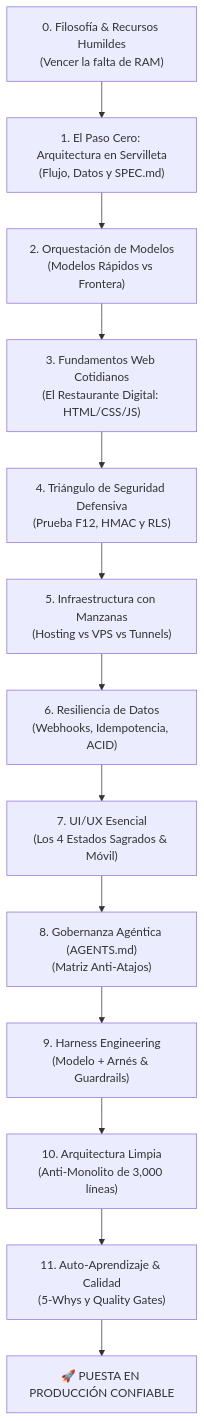
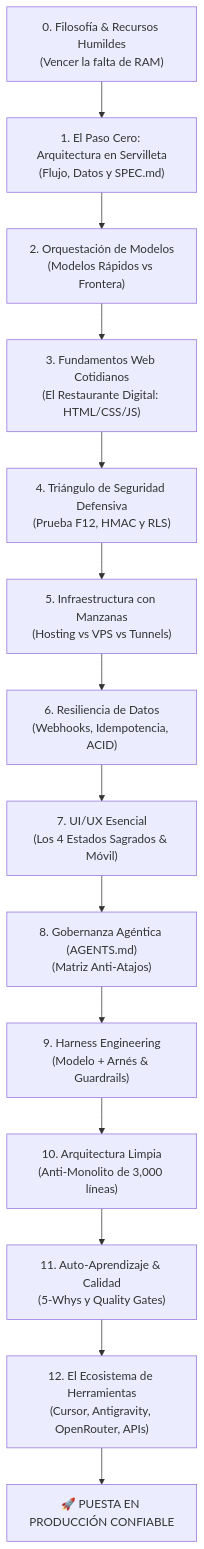
One commit to moisesrojasp89-Dev/Guia-de-desarrollo-asistido-con-IA changed the diagram in README.md. Above: the diagram before and after it, drawn with Mermaid. The commit also changed other lines of this file and 7 other files, not shown here.

Commit message:
feat: modulo 12 completo - ecosistema de herramientas, arneses, openrouter, apis y modelos

````diff
--- a/README.md
+++ b/README.md
@@ -39,15 +39,16 @@
 ```mermaid
 flowchart TD
     M0["0. Filosofía & Recursos Humildes\n(Vencer la falta de RAM)"] --> M1["1. El Paso Cero: Arquitectura en Servilleta\n(Flujo, Datos y SPEC.md)"]
     M1 --> M2["2. Orquestación de Modelos\n(Modelos Rápidos vs Frontera)"]
     M2 --> M3["3. Fundamentos Web Cotidianos\n(El Restaurante Digital: HTML/CSS/JS)"]
     M3 --> M4["4. Triángulo de Seguridad Defensiva\n(Prueba F12, HMAC y RLS)"]
     M4 --> M5["5. Infraestructura con Manzanas\n(Hosting vs VPS vs Tunnels)"]
     M5 --> M6["6. Resiliencia de Datos\n(Webhooks, Idempotencia, ACID)"]
     M6 --> M7["7. UI/UX Esencial\n(Los 4 Estados Sagrados & Móvil)"]
     M7 --> M8["8. Gobernanza Agéntica (AGENTS.md)\n(Matriz Anti-Atajos)"]
     M8 --> M9["9. Harness Engineering\n(Modelo + Arnés & Guardrails)"]
     M9 --> M10["10. Arquitectura Limpia\n(Anti-Monolito de 3,000 líneas)"]
     M10 --> M11["11. Auto-Aprendizaje & Calidad\n(5-Whys y Quality Gates)"]
-    M11 --> PROD["🚀 PUESTA EN PRODUCCIÓN CONFIABLE"]
+    M11 --> M12["12. El Ecosistema de Herramientas\n(Cursor, Antigravity, OpenRouter, APIs)"]
+    M12 --> PROD["🚀 PUESTA EN PRODUCCIÓN CONFIABLE"]
 ```
````
